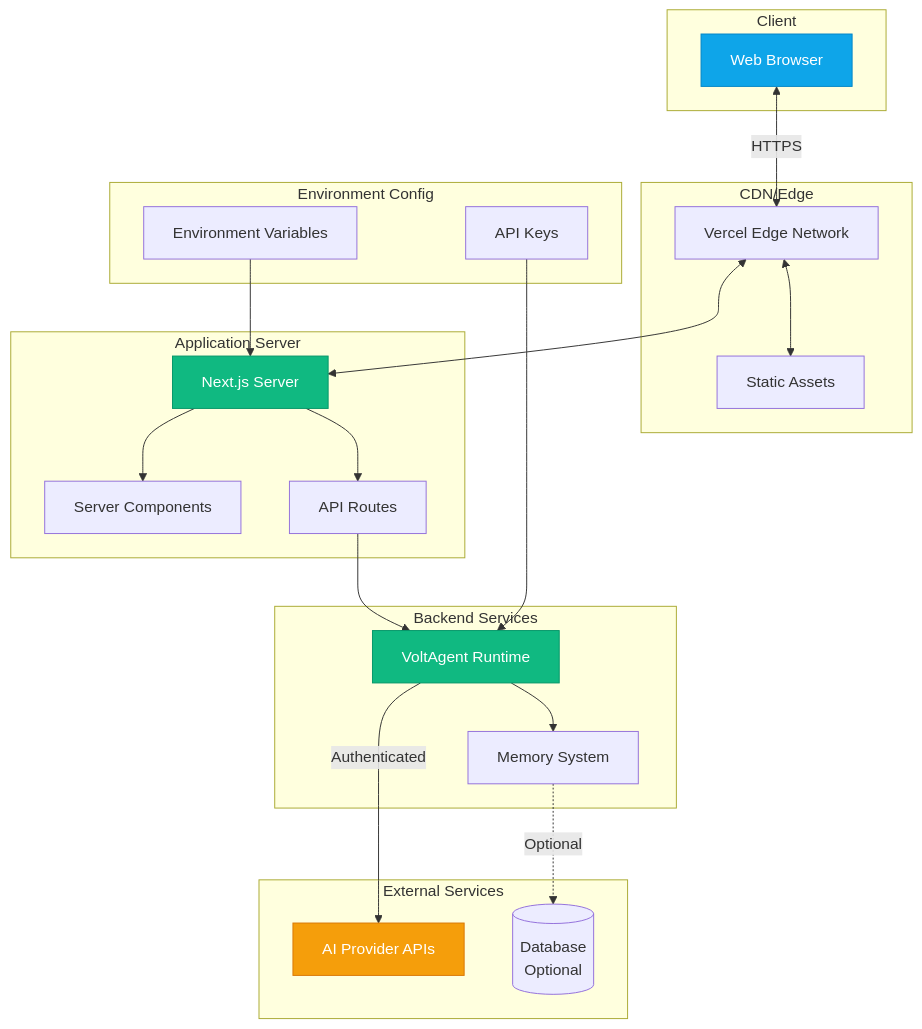
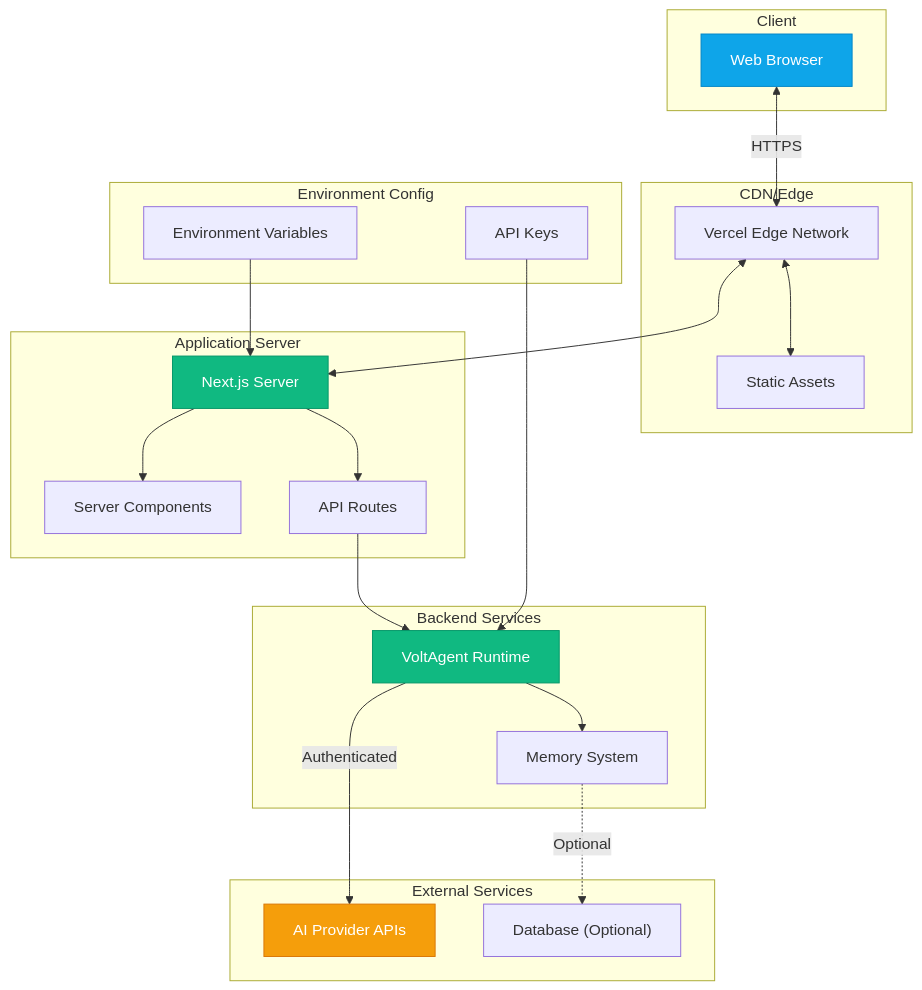
The seventh of 7 diagrams in examples/next-js-chatbot-starter-template/README.md (VoltAgent/voltagent), drawn with Mermaid before and after one commit. The commit also changed other lines of this file, not shown here.

Commit message:
docs: fix mermaid diagram syntax for github rendering

````diff
--- a/examples/next-js-chatbot-starter-template/README.md
+++ b/examples/next-js-chatbot-starter-template/README.md
@@ -759,49 +757,49 @@
 ```mermaid
 graph TB
-    subgraph "Client"
+    subgraph Client["Client"]
         BROWSER[Web Browser]
     end
 
-    subgraph "CDN/Edge"
+    subgraph CDN["CDN/Edge"]
         EDGE[Vercel Edge Network]
         STATIC[Static Assets]
     end
 
-    subgraph "Application Server"
+    subgraph AppServer["Application Server"]
         NEXTJS[Next.js Server]
         API_ROUTE[API Routes]
         SSR[Server Components]
     end
 
-    subgraph "Backend Services"
+    subgraph Backend["Backend Services"]
         AGENT[VoltAgent Runtime]
         MEM_SYS[Memory System]
     end
 
-    subgraph "External Services"
+    subgraph External["External Services"]
         AI_API[AI Provider APIs]
-        DB[(Database<br/>Optional)]
+        DB["Database (Optional)"]
     end
 
-    subgraph "Environment Config"
+    subgraph Config["Environment Config"]
         ENV[Environment Variables]
         SECRETS[API Keys]
     end
 
     BROWSER <-->|HTTPS| EDGE
     EDGE <--> STATIC
     EDGE <--> NEXTJS
     NEXTJS --> API_ROUTE
     NEXTJS --> SSR
     API_ROUTE --> AGENT
     AGENT --> MEM_SYS
     MEM_SYS -.->|Optional| DB
     AGENT -->|Authenticated| AI_API
     ENV --> NEXTJS
     SECRETS --> AGENT
 
     style BROWSER fill:#0ea5e9,stroke:#0284c7,color:#fff
     style NEXTJS fill:#10b981,stroke:#059669,color:#fff
     style AGENT fill:#10b981,stroke:#059669,color:#fff
     style AI_API fill:#f59e0b,stroke:#d97706,color:#fff
 ```
````
